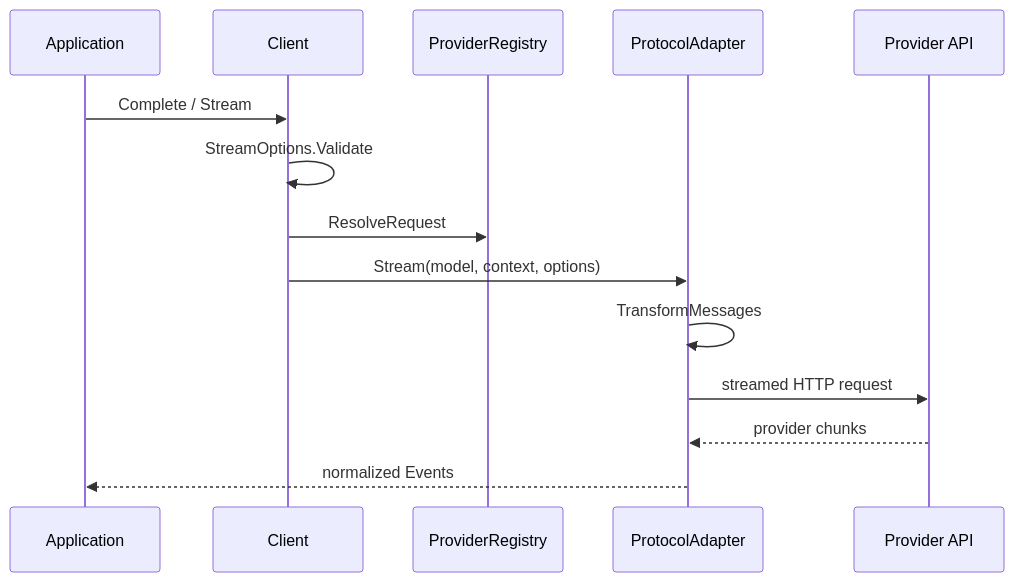
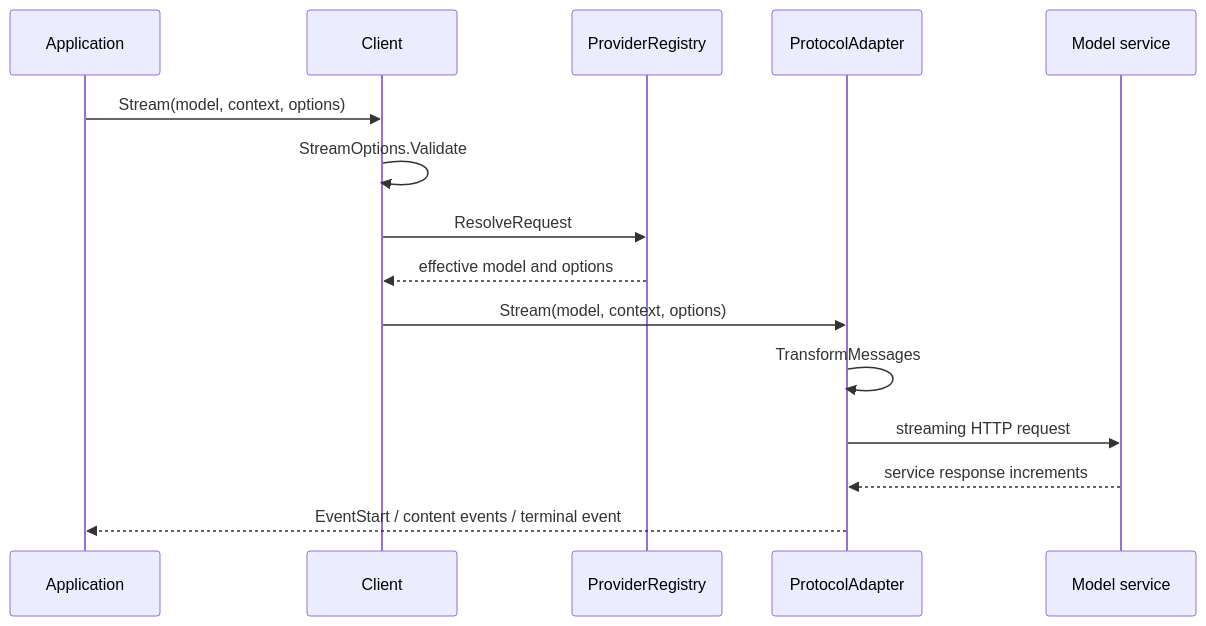
Before and after one commit to ktsoator/or: the second of 2 diagrams in docs/llm/developer-guide.md, drawn with Mermaid. The commit also changed other lines of this file and 68 other files, not shown here.

````diff
--- a/docs/llm/developer-guide.md
+++ b/docs/llm/developer-guide.md
@@ -125,17 +93,18 @@
 ```mermaid
 sequenceDiagram
     participant App as Application
     participant Client
-    participant Providers as ProviderRegistry
+    participant Registry as ProviderRegistry
     participant Adapter as ProtocolAdapter
-    participant API as Provider API
+    participant Service as Model service
 
-    App->>Client: Complete / Stream
+    App->>Client: Stream(model, context, options)
     Client->>Client: StreamOptions.Validate
-    Client->>Providers: ResolveRequest
+    Client->>Registry: ResolveRequest
+    Registry-->>Client: effective model and options
     Client->>Adapter: Stream(model, context, options)
     Adapter->>Adapter: TransformMessages
-    Adapter->>API: streamed HTTP request
-    API-->>Adapter: provider chunks
-    Adapter-->>App: normalized Events
+    Adapter->>Service: streaming HTTP request
+    Service-->>Adapter: service response increments
+    Adapter-->>App: EventStart / content events / terminal event
 ```
````
